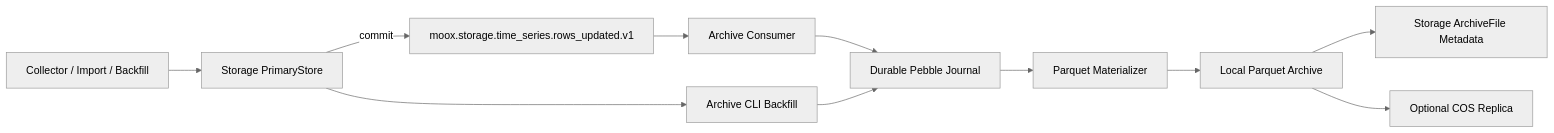
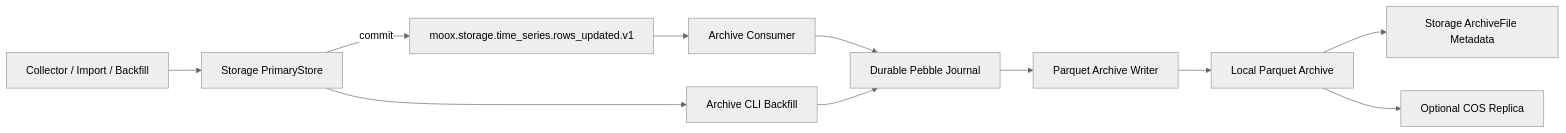
The diagram in docs/行情数据归档模块设计.md (mooyang-code/moox), drawn with Mermaid (neutral theme) before and after one commit. The commit also changed other lines of this file and 1 other file, not shown here.

First line of the commit message:
docs(archive): simplify internal package names

````diff
--- a/docs/行情数据归档模块设计.md
+++ b/docs/行情数据归档模块设计.md
@@ -68,13 +68,13 @@
 ```mermaid
 flowchart LR
     Collector["Collector / Import / Backfill"] --> Storage["Storage PrimaryStore"]
     Storage -->|"commit"| Event["moox.storage.time_series.rows_updated.v1"]
     Event --> Consumer["Archive Consumer"]
     Consumer --> Journal["Durable Pebble Journal"]
-    Journal --> Materializer["Parquet Materializer"]
-    Materializer --> Local["Local Parquet Archive"]
+    Journal --> Writer["Parquet Archive Writer"]
+    Writer --> Local["Local Parquet Archive"]
     Local --> Registry["Storage ArchiveFile Metadata"]
     Local --> COS["Optional COS Replica"]
     Storage --> Backfill["Archive CLI Backfill"]
     Backfill --> Journal
 ```
````
